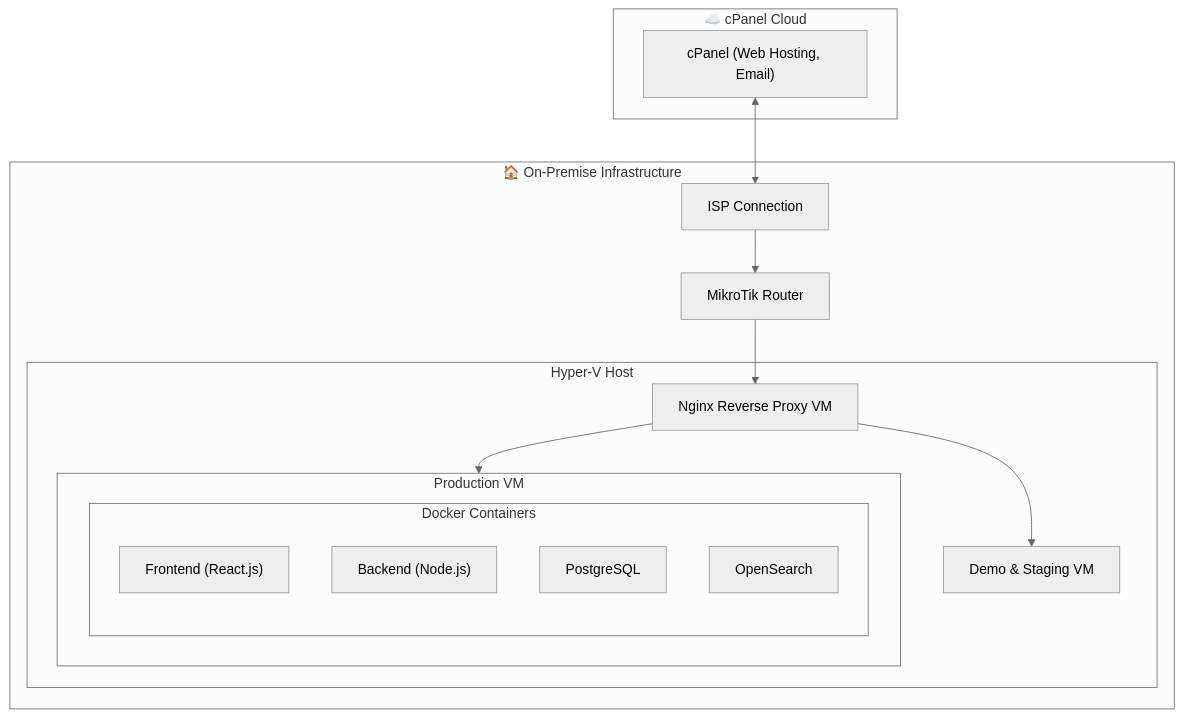
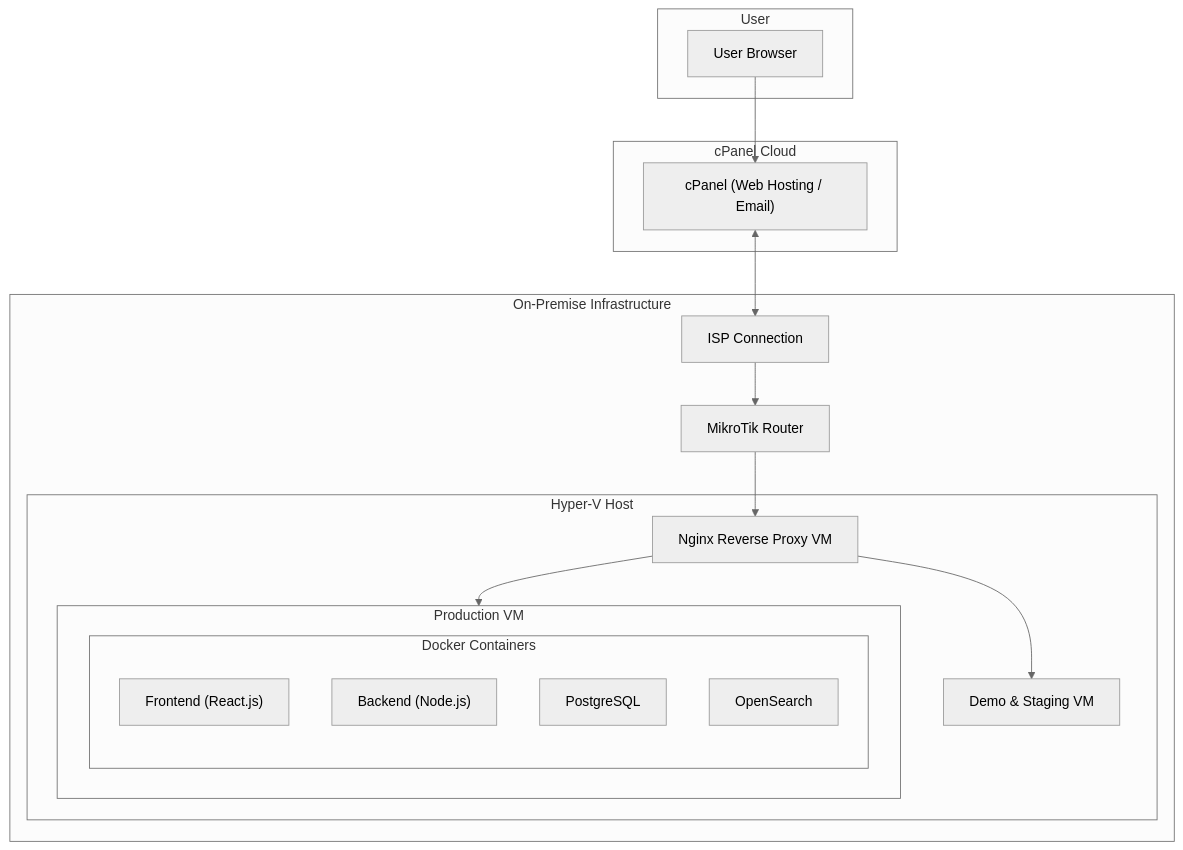
Before and after one commit to dgCunhaUA/demo-assisteprint: the diagram in README.md, drawn with Mermaid (neutral theme). The commit also changed other lines of this file and 1 other file, not shown here.

Commit message:
readme update with mermaid code

````diff
--- a/README.md
+++ b/README.md
@@ -58,35 +49,41 @@
 ```mermaid
+
 flowchart TB
-    subgraph Cloud["☁️ cPanel Cloud"]
-        CP["cPanel (Web Hosting, Email)"]
-    end
+  subgraph User["User"]
+      USER["User Browser"]
+  end
 
-    subgraph OnPrem["🏠 On-Premise Infrastructure"]
-        ISP["ISP Connection"]
-        RT["MikroTik Router"]
+  subgraph Cloud["cPanel Cloud"]
+      CP["cPanel (Web Hosting / Email)"]
+  end
 
-        subgraph HyperV["Hyper-V Host"]
-            NGINX["Nginx Reverse Proxy VM"]
+  subgraph ProdVM["Production VM"]
+      subgraph Docker["Docker Containers"]
+          FE["Frontend (React.js)"]
+          BE["Backend (Node.js)"]
+          DB["PostgreSQL"]
+          OS["OpenSearch"]
+      end
+  end
 
-            subgraph ProdVM["Production VM"]
-                subgraph Docker["Docker Containers"]
-                    FE["Frontend (React.js)"]
-                    BE["Backend (Node.js)"]
-                    DB["PostgreSQL"]
-                    OS["OpenSearch"]
-                end
-            end
+  subgraph HyperV["Hyper-V Host"]
+      NGINX["Nginx Reverse Proxy VM"]
+      ProdVM
+      Demo["Demo & Staging VM"]
+  end
 
-            Demo["Demo & Staging VM"]
+  subgraph OnPrem["On-Premise Infrastructure"]
+      ISP["ISP Connection"]
+      RT["MikroTik Router"]
+      HyperV
+  end
 
-        end
-    end
+  NGINX --> ProdVM
+  NGINX --> Demo
 
-    CP <--> ISP
-    ISP --> RT
-    RT --> NGINX
-    NGINX --> ProdVM
-    NGINX --> Demo
-
+  USER --> CP
+  CP <--> ISP
+  ISP --> RT
+  RT --> NGINX
 
 ```
````
